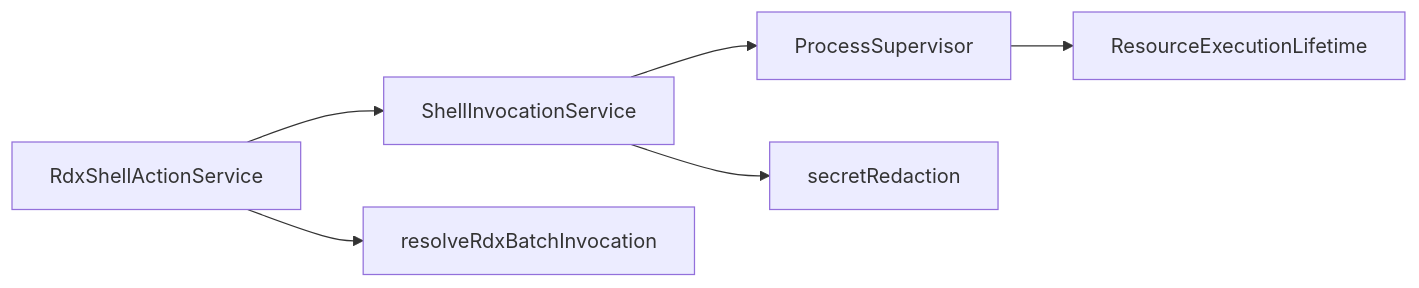
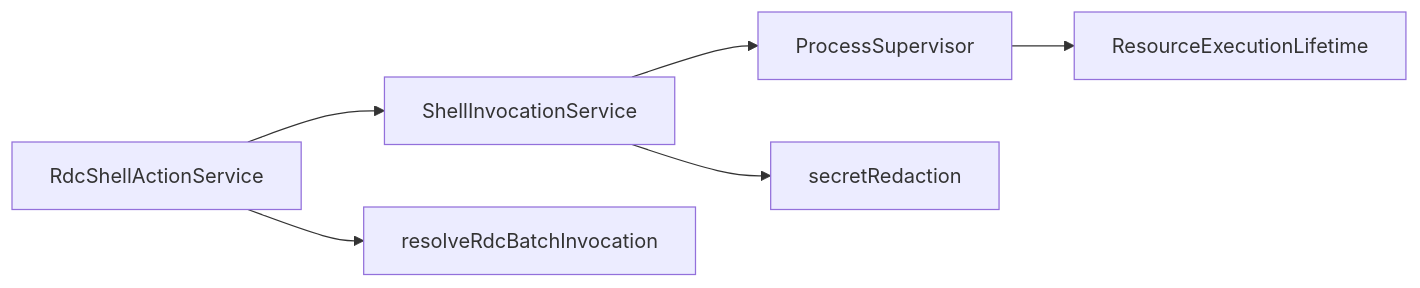
One commit to haolange/RDC-Agent changed the sixth of 6 diagrams in .qoder/repowiki/zh/content/核心模块/工具系统/Shell 执行服务.md. Above: the diagram before and after it, drawn with Mermaid. The commit also changed other lines of this file and 557 other files, not shown here.

````diff
--- a/.qoder/repowiki/zh/content/核心模块/工具系统/Shell 执行服务.md
+++ b/.qoder/repowiki/zh/content/核心模块/工具系统/Shell 执行服务.md
@@ -267,8 +267,8 @@
 ```mermaid
 graph LR
 Svc["ShellInvocationService"] --> PS["ProcessSupervisor"]
-Act["RdxShellActionService"] --> Svc
-Act --> Res["resolveRdxBatchInvocation"]
+Act["RdcShellActionService"] --> Svc
+Act --> Res["resolveRdcBatchInvocation"]
 PS --> RL["ResourceExecutionLifetime"]
 Svc --> Redact["secretRedaction"]
 ```
````
